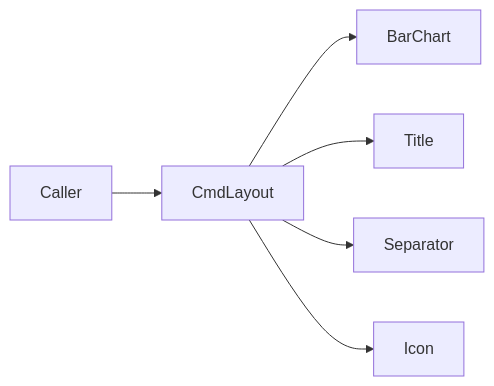
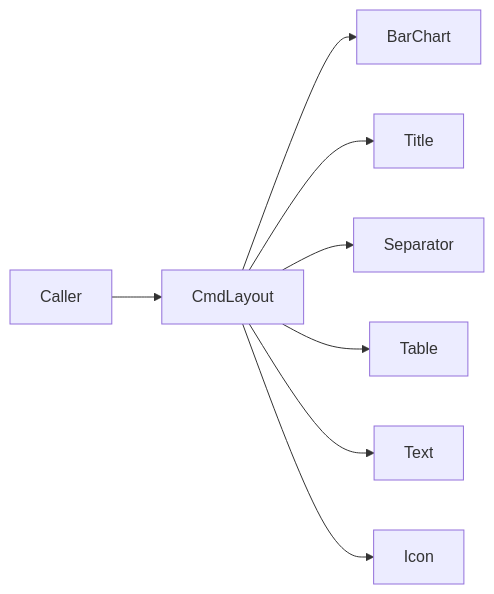
The diagram in core/infra/cmd_layout/docs/ARCHITECTURE.md (garnet1985/new-tea-quant), drawn with Mermaid before and after one commit. The commit also changed other lines of this file and 74 other files, not shown here.

Commit message:
add more cmd layout

````diff
--- a/core/infra/cmd_layout/docs/ARCHITECTURE.md
+++ b/core/infra/cmd_layout/docs/ARCHITECTURE.md
@@ -66,8 +72,10 @@
 ```mermaid
 flowchart LR
   Caller --> CmdLayout
   CmdLayout --> BarChart
   CmdLayout --> Title
   CmdLayout --> Separator
+  CmdLayout --> Table
+  CmdLayout --> Text
   CmdLayout --> Icon
 ```
````
